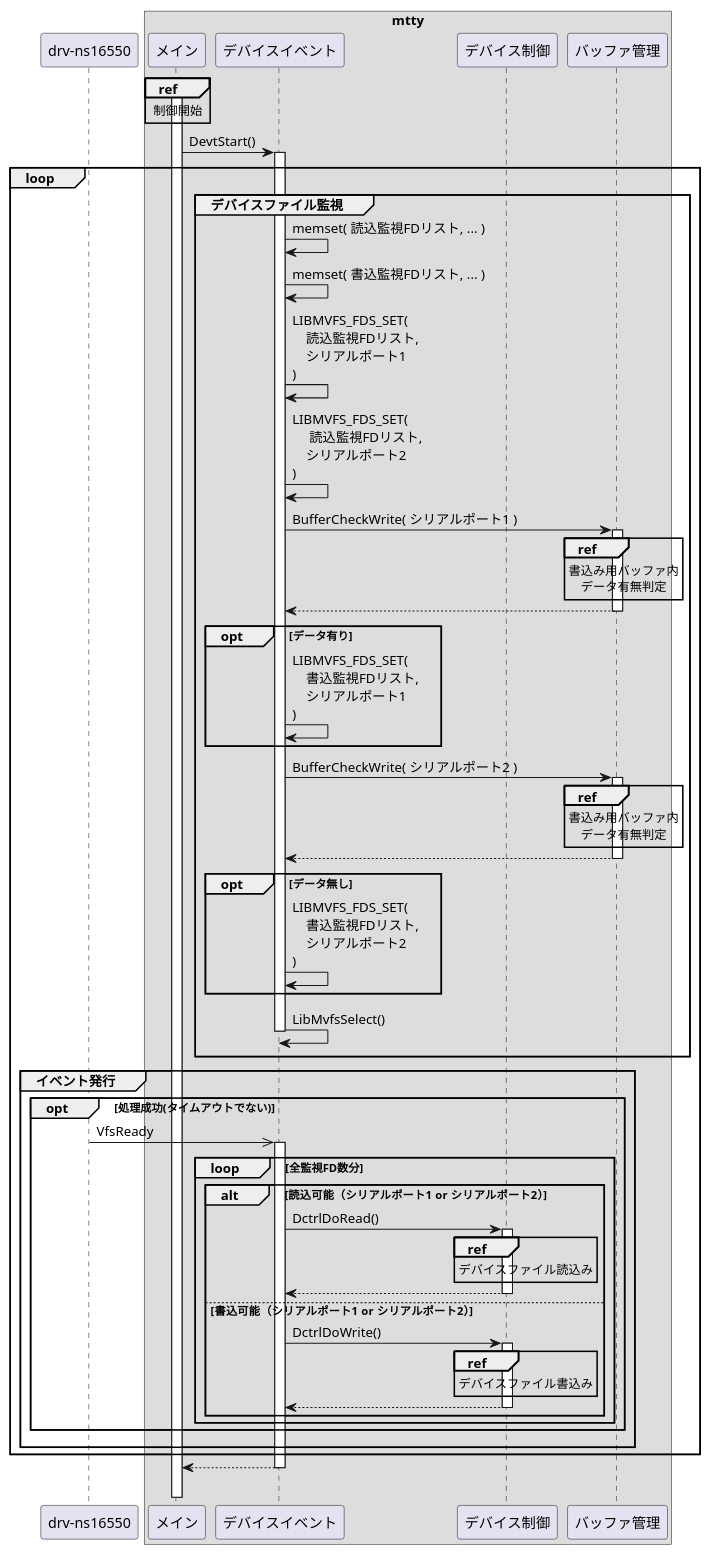
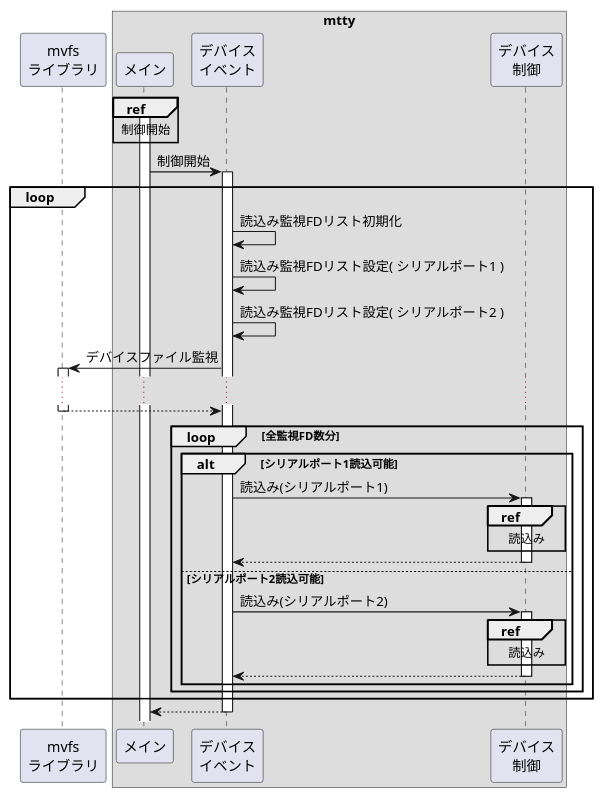
The diagram in docs/docs/internal/devt/start.puml (MasterMochi/mtty), drawn with PlantUML before and after one commit. The commit also changed 167 other files, not shown here.

```diff
--- a/docs/docs/internal/devt/start.puml
+++ b/docs/docs/internal/devt/start.puml
@@ -1,81 +1,47 @@
 @startuml
 
-participant drv as "drv-ns16550"
+participant "mvfs\nライブラリ" as libmvfs
 box "mtty"
-    participant "メイン"           as main
-    participant "デバイスイベント" as devt
-    participant "デバイス制御"     as dctrl
-    participant "バッファ管理"     as buffer
+    participant "メイン"             as main
+    participant "デバイス\nイベント" as devt
+    participant "デバイス\n制御"     as dctrl
 end box
 
 activate main
-
 ref over main: 制御開始
 
-main -> devt: DevtStart()
+main -> devt: 制御開始
 activate devt
 
 loop
-    group デバイスファイル監視
-        devt -> devt: memset( 読込監視FDリスト, ... )
-        devt -> devt: memset( 書込監視FDリスト, ... )
+    devt -> devt: 読込み監視FDリスト初期化
+    devt -> devt: 読込み監視FDリスト設定( シリアルポート1 )
+    devt -> devt: 読込み監視FDリスト設定( シリアルポート2 )
 
-        devt -> devt: LIBMVFS_FDS_SET(\n    読込監視FDリスト,\n    シリアルポート1\n)
-        devt -> devt: LIBMVFS_FDS_SET(\n     読込監視FDリスト,\n    シリアルポート2\n)
+    libmvfs <- devt: デバイスファイル監視
+    activate libmvfs
+    ...
+    libmvfs --> devt:
+    deactivate libmvfs
 
-        devt -> buffer: BufferCheckWrite( シリアルポート1 )
-        activate buffer
-        ref over buffer: 書込み用バッファ内\nデータ有無判定
-        devt <-- buffer:
-        deactivate buffer
-
-        opt データ有り
-            devt -> devt: LIBMVFS_FDS_SET(\n    書込監視FDリスト,\n    シリアルポート1\n)
-        end opt
-
-        devt -> buffer: BufferCheckWrite( シリアルポート2 )
-        activate buffer
-        ref over buffer: 書込み用バッファ内\nデータ有無判定
-        devt <-- buffer:
-        deactivate buffer
-
-        opt データ無し
-            devt -> devt: LIBMVFS_FDS_SET(\n    書込監視FDリスト,\n    シリアルポート2\n)
-        end opt
-
-        devt -> devt: LibMvfsSelect()
-        deactivate devt
-        ||10||
-    end group
-
-    group イベント発行
-        opt 処理成功(タイムアウトでない)
-            drv ->> devt: VfsReady
-            activate devt
-
-            loop 全監視FD数分
-                alt 読込可能（シリアルポート1 or シリアルポート2）
-                    devt -> dctrl: DctrlDoRead()
-                    activate dctrl
-                    ref over dctrl: デバイスファイル読込み
-                    devt <-- dctrl
-                    deactivate dctrl
-
-                else 書込可能（シリアルポート1 or シリアルポート2）
-                    devt -> dctrl: DctrlDoWrite()
-                    activate dctrl
-                    ref over dctrl: デバイスファイル書込み
-                    devt <-- dctrl
-                    deactivate dctrl
-                end alt
-            end loop
-        end opt
-        ||10||
-    end group
+    loop 全監視FD数分
+        alt シリアルポート1読込可能
+            devt -> dctrl: 読込み(シリアルポート1)
+            activate dctrl
+            ref over dctrl: 読込み
+            devt <-- dctrl:
+            deactivate dctrl
+        else シリアルポート2読込可能
+            devt -> dctrl: 読込み(シリアルポート2)
+            activate dctrl
+            ref over dctrl: 読込み
+            devt <-- dctrl:
+            deactivate dctrl
+        end alt
+    end loop
 end loop
 
 main <-- devt:
 deactivate devt
-||20||
 
 @enduml
```
